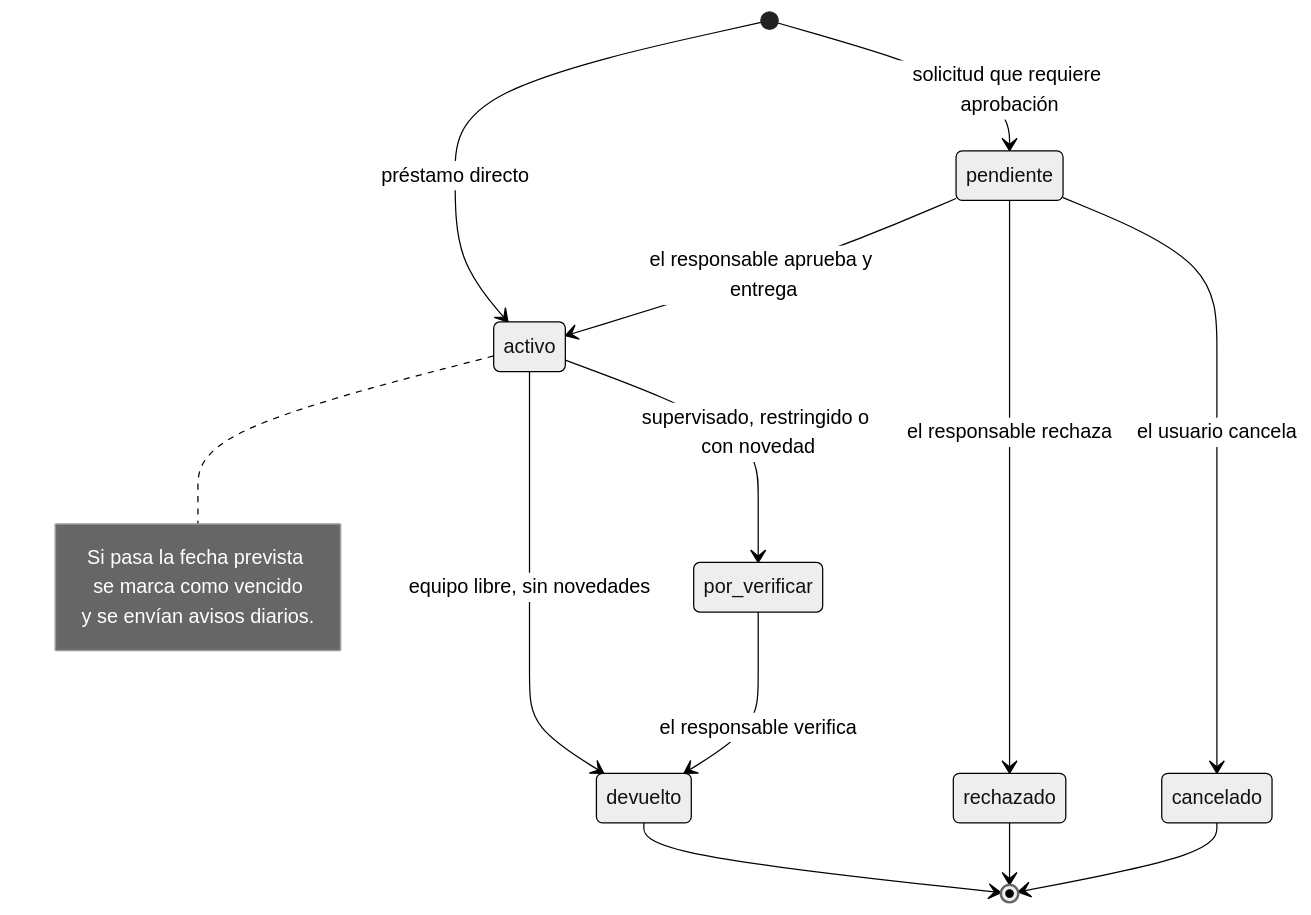
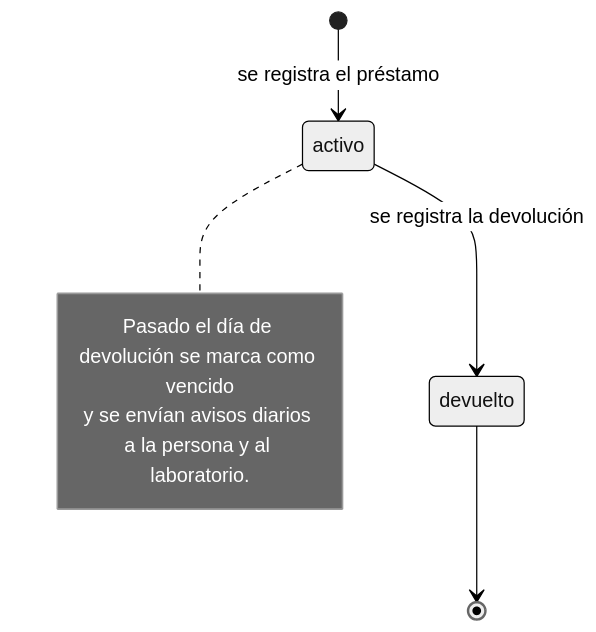
The third of 4 diagrams in docs/03-flujos.md (AstronomiaOAN/equipos), drawn with Mermaid (neutral theme) before and after one commit. The commit also changed other lines of this file and 28 other files, not shown here.

First line of the commit message:
Préstamo y devolución inmediatos, menos datos y plazo de hasta 7 días calendario

````diff
--- a/docs/03-flujos.md
+++ b/docs/03-flujos.md
@@ -63,19 +57,11 @@
 ```mermaid
 stateDiagram-v2
-    [*] --> pendiente: solicitud que requiere aprobación
-    [*] --> activo: préstamo directo
-    pendiente --> activo: el responsable aprueba y entrega
-    pendiente --> rechazado: el responsable rechaza
-    pendiente --> cancelado: el usuario cancela
-    activo --> devuelto: equipo libre, sin novedades
-    activo --> por_verificar: supervisado, restringido o con novedad
-    por_verificar --> devuelto: el responsable verifica
+    [*] --> activo: se registra el préstamo
+    activo --> devuelto: se registra la devolución
     devuelto --> [*]
-    rechazado --> [*]
-    cancelado --> [*]
 
     note right of activo
-        Si pasa la fecha prevista se marca como vencido
-        y se envían avisos diarios.
+        Pasado el día de devolución se marca como vencido
+        y se envían avisos diarios a la persona y al laboratorio.
     end note
 ```
````
